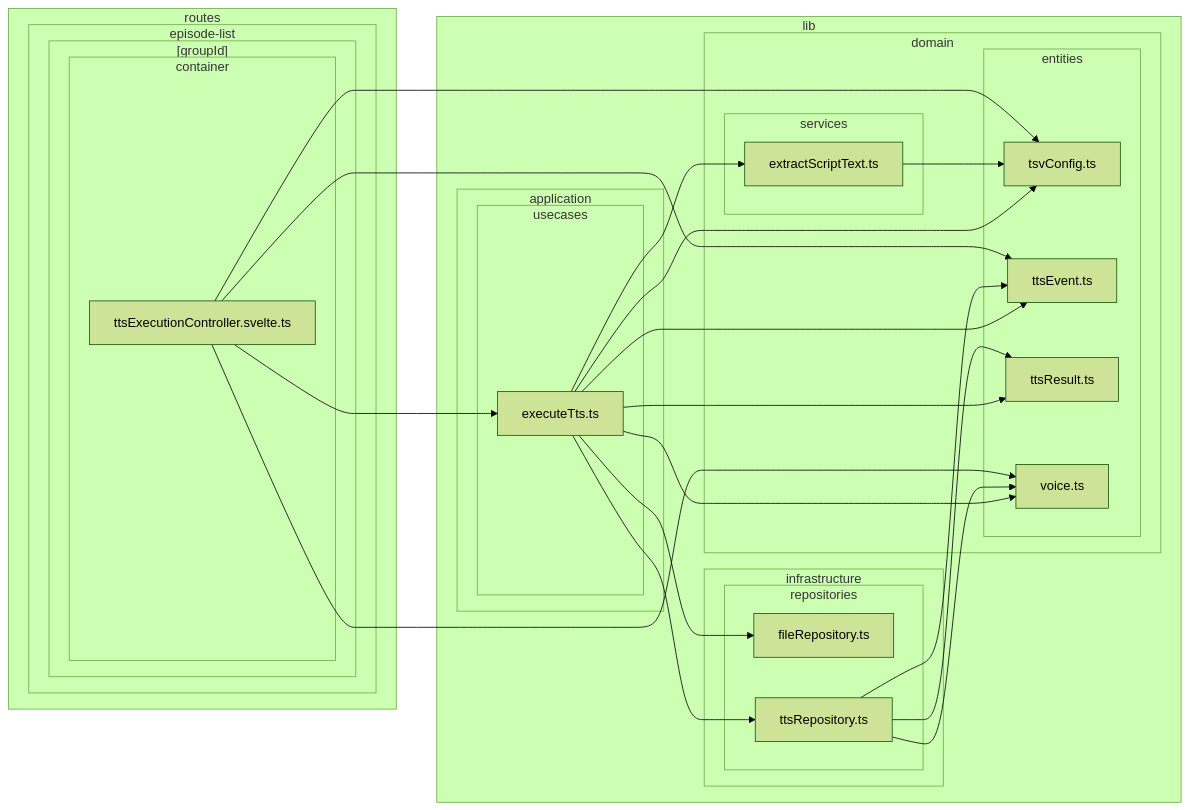
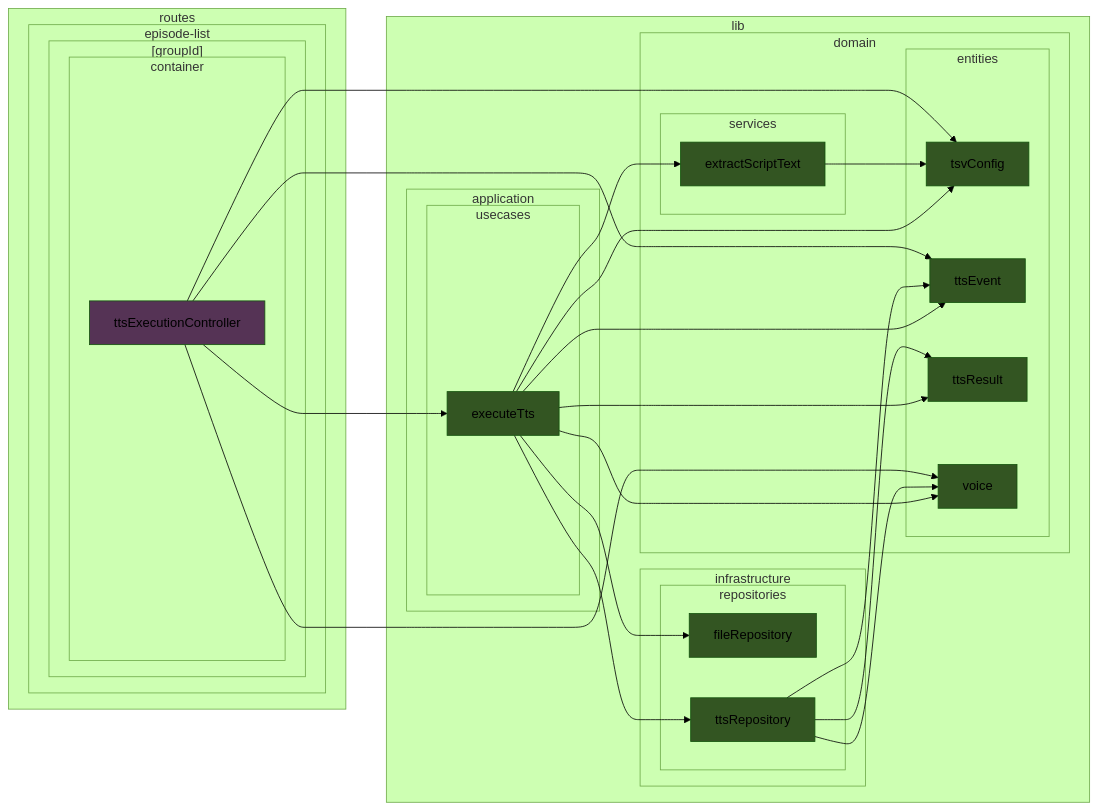
Before and after one commit to k5n/kotonoha: diagram 14 of 39 in doc/dependency-graph.md, drawn with Mermaid (forest theme). The commit also changed other lines of this file, not shown here.

````diff
--- a/doc/dependency-graph.md
+++ b/doc/dependency-graph.md
@@ -592,51 +766,63 @@
 ```mermaid
 graph LR
+    classDef cssSvelteComponent fill:#325;
+    classDef cssSvelteScript fill:#535;
+    classDef cssTypeScript fill:#352;
         subgraph sg_lib ["lib"]
             subgraph sg_lib_application ["application"]
                 subgraph sg_lib_application_usecases ["usecases"]
-                    src_lib_application_usecases_executeTts_ts["executeTts.ts"]
+                    src_lib_application_usecases_executeTts_ts["executeTts"]
                 end
             end
             subgraph sg_lib_domain ["domain"]
                 subgraph sg_lib_domain_entities ["entities"]
-                    src_lib_domain_entities_tsvConfig_ts["tsvConfig.ts"]
-                    src_lib_domain_entities_ttsEvent_ts["ttsEvent.ts"]
-                    src_lib_domain_entities_ttsResult_ts["ttsResult.ts"]
-                    src_lib_domain_entities_voice_ts["voice.ts"]
+                    src_lib_domain_entities_tsvConfig_ts["tsvConfig"]
+                    src_lib_domain_entities_ttsEvent_ts["ttsEvent"]
+                    src_lib_domain_entities_ttsResult_ts["ttsResult"]
+                    src_lib_domain_entities_voice_ts["voice"]
                 end
                 subgraph sg_lib_domain_services ["services"]
-                    src_lib_domain_services_extractScriptText_ts["extractScriptText.ts"]
+                    src_lib_domain_services_extractScriptText_ts["extractScriptText"]
                 end
             end
             subgraph sg_lib_infrastructure ["infrastructure"]
                 subgraph sg_lib_infrastructure_repositories ["repositories"]
-                    src_lib_infrastructure_repositories_fileRepository_ts["fileRepository.ts"]
-                    src_lib_infrastructure_repositories_ttsRepository_ts["ttsRepository.ts"]
+                    src_lib_infrastructure_repositories_fileRepository_ts["fileRepository"]
+                    src_lib_infrastructure_repositories_ttsRepository_ts["ttsRepository"]
                 end
             end
         end
         subgraph sg_routes ["routes"]
             subgraph sg_routes_episode_list ["episode-list"]
                 subgraph sg_routes_episode_list__groupId_ ["[groupId]"]
                     subgraph sg_routes_episode_list__groupId__container ["container"]
-                        src_routes_episode_list__groupId__container_ttsExecutionController_svelte_ts["ttsExecutionController.svelte.ts"]
+                        src_routes_episode_list__groupId__container_ttsExecutionController_svelte_ts["ttsExecutionController"]
                     end
                 end
             end
         end
     src_lib_application_usecases_executeTts_ts --> src_lib_domain_entities_tsvConfig_ts
     src_lib_application_usecases_executeTts_ts --> src_lib_domain_entities_ttsEvent_ts
     src_lib_application_usecases_executeTts_ts --> src_lib_domain_entities_ttsResult_ts
     src_lib_application_usecases_executeTts_ts --> src_lib_domain_entities_voice_ts
     src_lib_application_usecases_executeTts_ts --> src_lib_domain_services_extractScriptText_ts
     src_lib_application_usecases_executeTts_ts --> src_lib_infrastructure_repositories_fileRepository_ts
     src_lib_application_usecases_executeTts_ts --> src_lib_infrastructure_repositories_ttsRepository_ts
     src_lib_domain_services_extractScriptText_ts --> src_lib_domain_entities_tsvConfig_ts
     src_lib_infrastructure_repositories_ttsRepository_ts --> src_lib_domain_entities_ttsEvent_ts
     src_lib_infrastructure_repositories_ttsRepository_ts --> src_lib_domain_entities_ttsResult_ts
     src_lib_infrastructure_repositories_ttsRepository_ts --> src_lib_domain_entities_voice_ts
     src_routes_episode_list__groupId__container_ttsExecutionController_svelte_ts --> src_lib_application_usecases_executeTts_ts
     src_routes_episode_list__groupId__container_ttsExecutionController_svelte_ts --> src_lib_domain_entities_tsvConfig_ts
     src_routes_episode_list__groupId__container_ttsExecutionController_svelte_ts --> src_lib_domain_entities_ttsEvent_ts
     src_routes_episode_list__groupId__container_ttsExecutionController_svelte_ts --> src_lib_domain_entities_voice_ts
+    class src_lib_application_usecases_executeTts_ts cssTypeScript
+    class src_lib_domain_entities_tsvConfig_ts cssTypeScript
+    class src_lib_domain_entities_ttsEvent_ts cssTypeScript
+    class src_lib_domain_entities_ttsResult_ts cssTypeScript
+    class src_lib_domain_entities_voice_ts cssTypeScript
+    class src_lib_domain_services_extractScriptText_ts cssTypeScript
+    class src_lib_infrastructure_repositories_fileRepository_ts cssTypeScript
+    class src_lib_infrastructure_repositories_ttsRepository_ts cssTypeScript
+    class src_routes_episode_list__groupId__container_ttsExecutionController_svelte_ts cssSvelteScript
 ```
````
